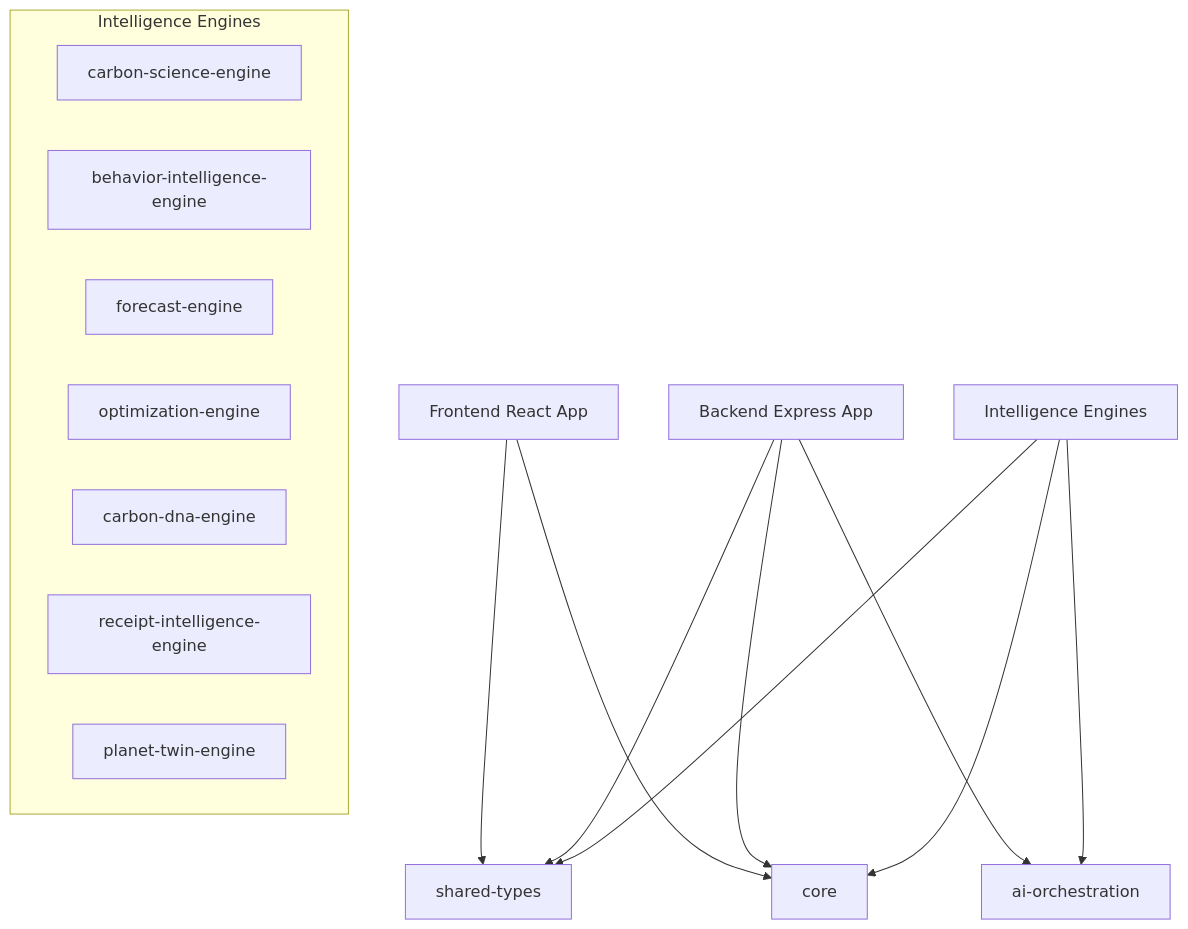
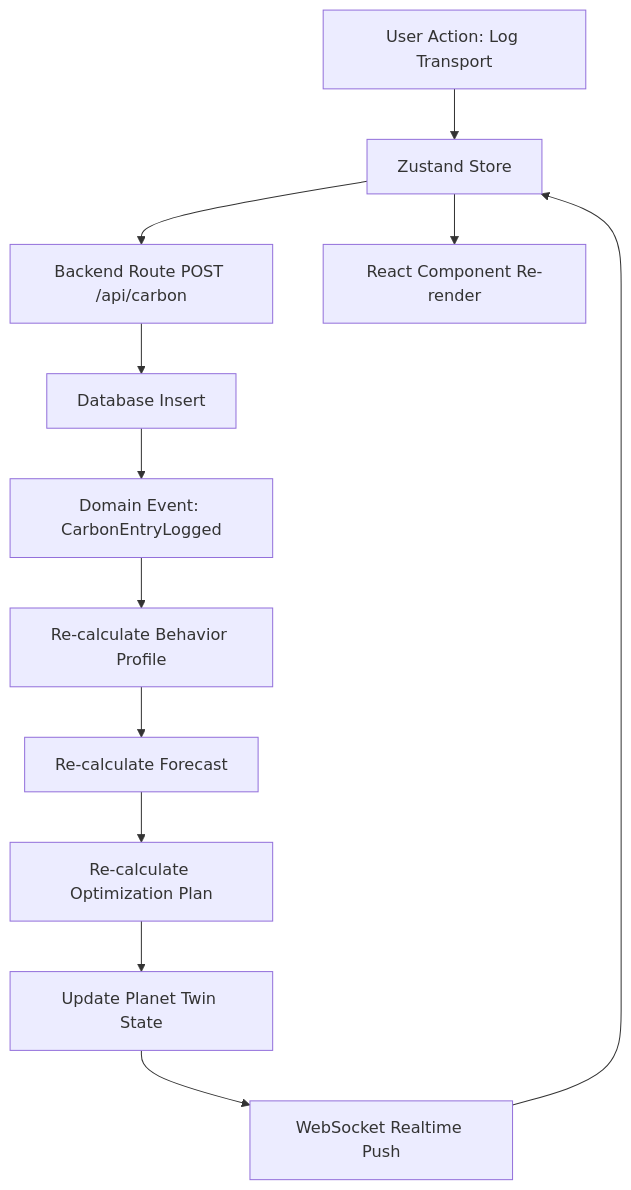
Before and after one commit to Anchitlahkar/CarbonOracle: the third of 4 diagrams in docs/ARCHITECTURE.md, drawn with Mermaid. The commit also changed other lines of this file and 6 other files, not shown here.

````diff
--- a/docs/ARCHITECTURE.md
+++ b/docs/ARCHITECTURE.md
@@ -7,22 +76,14 @@
 ```mermaid
 graph TD
-  FE[Frontend React App] --> Shared[shared-types]
-  FE --> Core[core]
-  BE[Backend Express App] --> Shared
-  BE --> Core
-  BE --> AIOrch[ai-orchestration]
-  
-  Engines[Intelligence Engines] --> Shared
-  Engines --> Core
-  Engines --> AIOrch
-  
-  subgraph Intelligence Engines
-    CS[carbon-science-engine]
-    BI[behavior-intelligence-engine]
-    FE_ENG[forecast-engine]
-    OPT[optimization-engine]
-    DNA[carbon-dna-engine]
-    RI[receipt-intelligence-engine]
-    PT[planet-twin-engine]
-  end
+    A[User Action: Log Transport] --> B[Zustand Store]
+    B --> C[Backend Route POST /api/carbon]
+    C --> D[Database Insert]
+    D --> E[Domain Event: CarbonEntryLogged]
+    E --> F[Re-calculate Behavior Profile]
+    F --> G[Re-calculate Forecast]
+    G --> H[Re-calculate Optimization Plan]
+    H --> I[Update Planet Twin State]
+    I --> J[WebSocket Realtime Push]
+    J --> B
+    B --> K[React Component Re-render]
 ```
````
